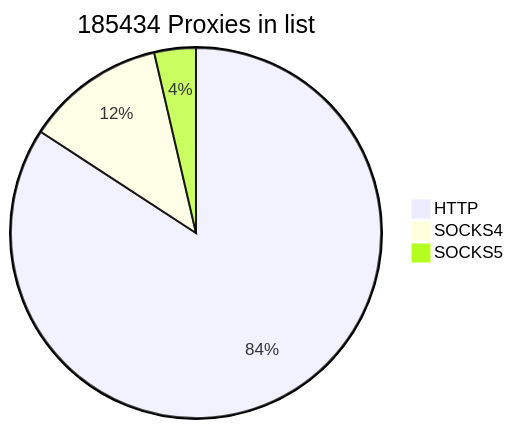
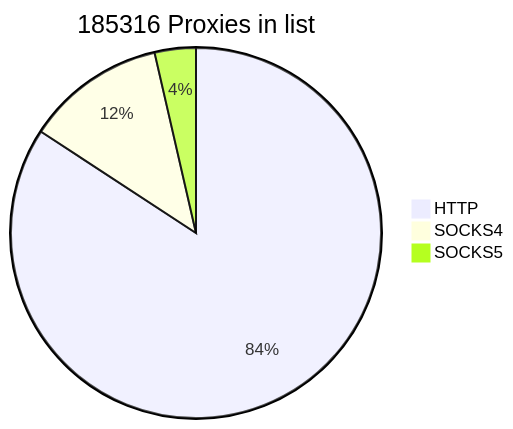
The first of 2 diagrams in README.md (cutipu/proxylist), drawn with Mermaid before and after one commit. The commit also changed other lines of this file, not shown here.

````diff
--- a/README.md
+++ b/README.md
@@ -2,7 +2,7 @@
 ```mermaid
-pie title 185434 Proxies in list
-    "HTTP" : 156123
-    "SOCKS4" : 22582
-    "SOCKS5" : 6729
+pie title 185316 Proxies in list
+    "HTTP" : 156069
+    "SOCKS4" : 22587
+    "SOCKS5" : 6660
             
 ```
````
